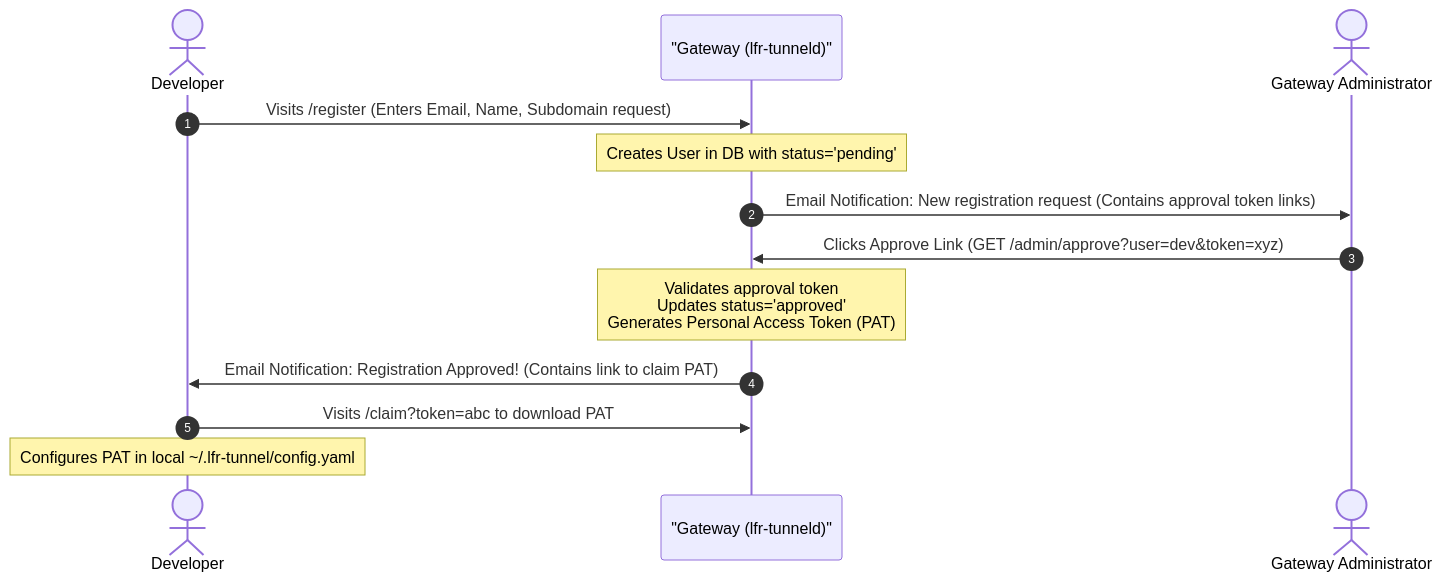
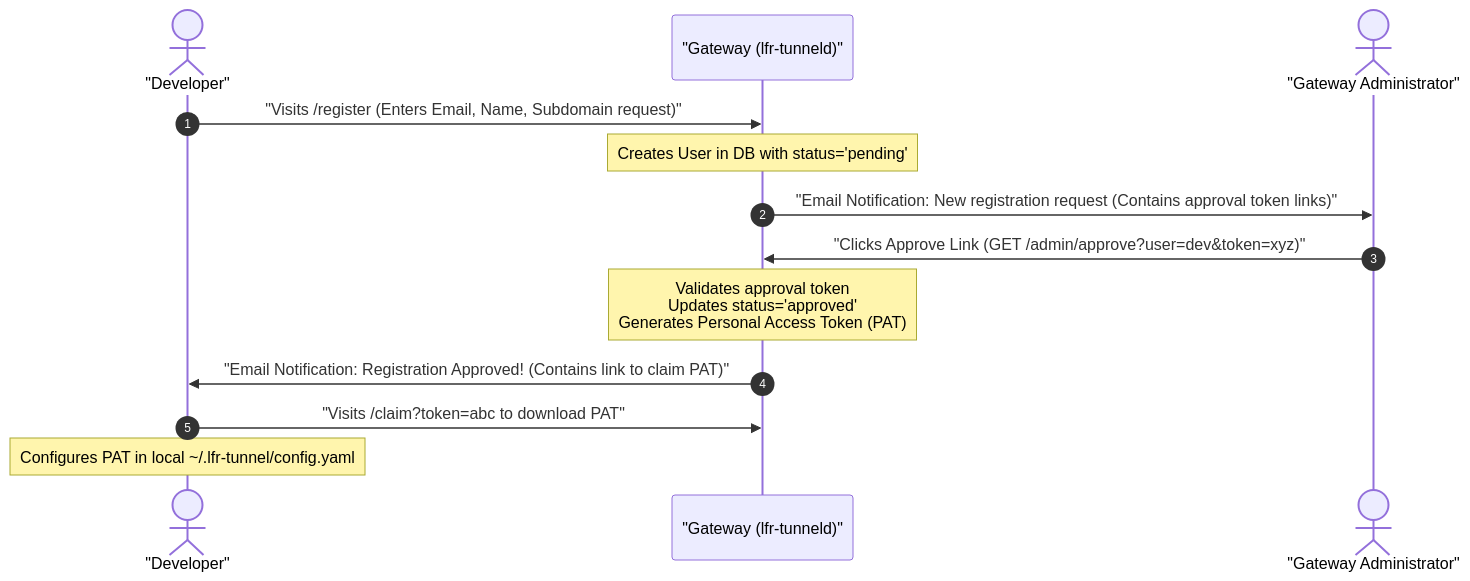
One commit to peterrichards-lr/lfr-tunnel changed the second of 3 diagrams in docs/auth_architecture.md. Above: the diagram before and after it, drawn with Mermaid. The commit also changed other lines of this file and 1 other file, not shown here.

Commit message:
docs: fully quote Mermaid labels and messages in auth_architecture.md

````diff
--- a/docs/auth_architecture.md
+++ b/docs/auth_architecture.md
@@ -94,18 +94,18 @@
 ```mermaid
 sequenceDiagram
     autonumber
-    actor Dev as Developer
+    actor Dev as "Developer"
     participant GW as "Gateway (lfr-tunneld)"
-    actor Admin as Gateway Administrator
+    actor Admin as "Gateway Administrator"
     
-    Dev->>GW: Visits /register (Enters Email, Name, Subdomain request)
+    Dev->>GW: "Visits /register (Enters Email, Name, Subdomain request)"
     Note over GW: Creates User in DB with status='pending'
-    GW->>Admin: Email Notification: New registration request (Contains approval token links)
+    GW->>Admin: "Email Notification: New registration request (Contains approval token links)"
     
-    Admin->>GW: Clicks Approve Link (GET /admin/approve?user=dev&token=xyz)
+    Admin->>GW: "Clicks Approve Link (GET /admin/approve?user=dev&token=xyz)"
     Note over GW: Validates approval token<br/>Updates status='approved'<br/>Generates Personal Access Token (PAT)
     
-    GW->>Dev: Email Notification: Registration Approved! (Contains link to claim PAT)
-    Dev->>GW: Visits /claim?token=abc to download PAT
+    GW->>Dev: "Email Notification: Registration Approved! (Contains link to claim PAT)"
+    Dev->>GW: "Visits /claim?token=abc to download PAT"
     Note over Dev: Configures PAT in local ~/.lfr-tunnel/config.yaml
 ```
````
